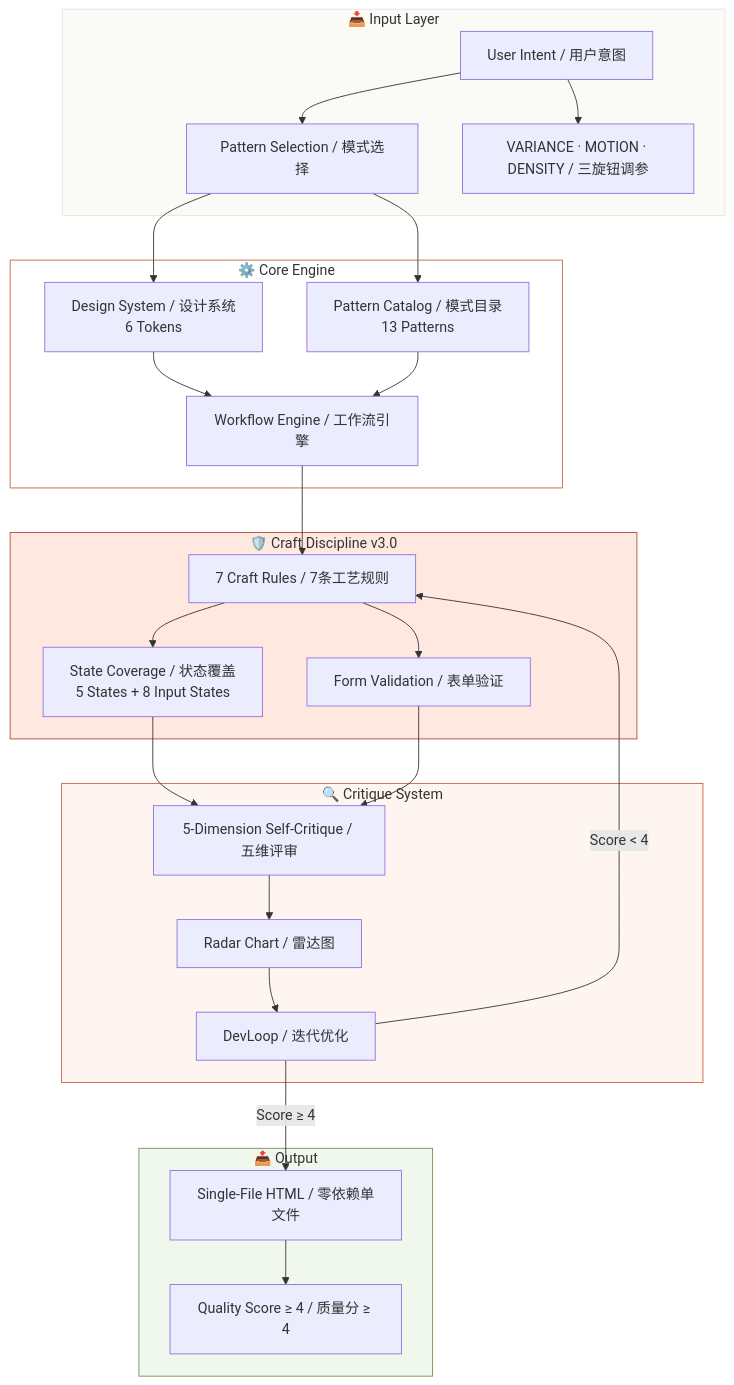
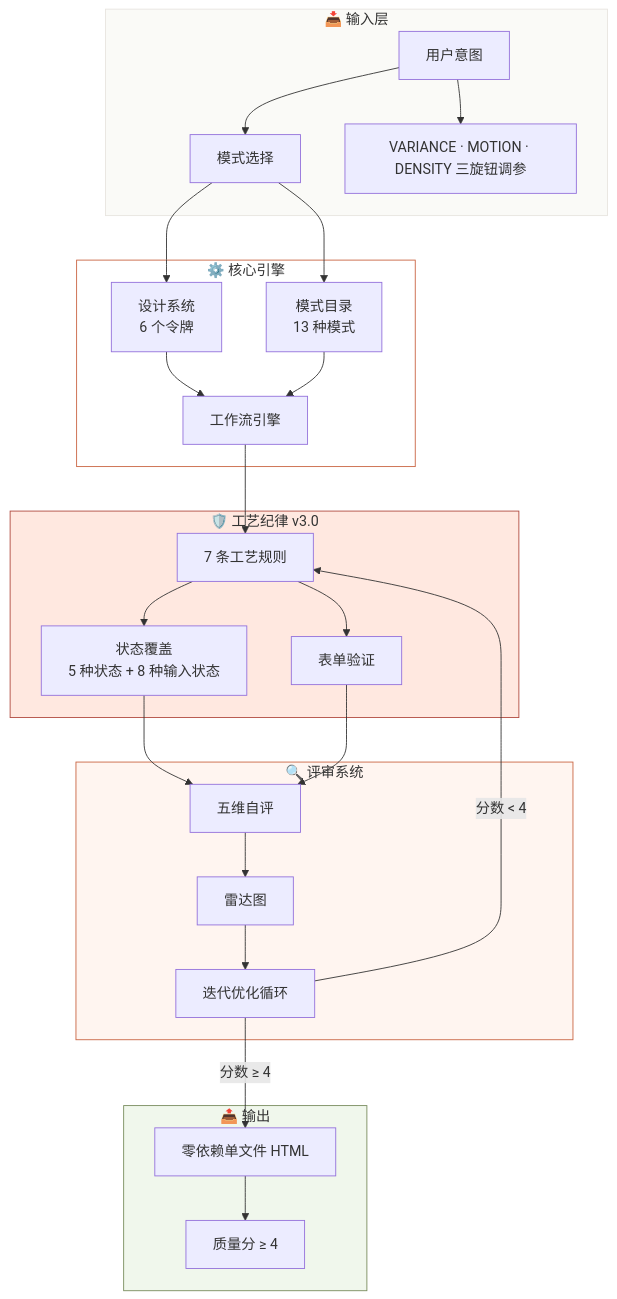
Before and after one commit to YardonYan/html-skill-effectiveness: the first of 4 diagrams in README.md, drawn with Mermaid. The commit also changed other lines of this file and 3 other files, not shown here.

````diff
--- a/README.md
+++ b/README.md
@@ -59,49 +56,49 @@
 ```mermaid
 graph TB
-    subgraph Input["📥 Input Layer"]
-        U[User Intent / 用户意图]
-        P[Pattern Selection / 模式选择]
-        KN[VARIANCE · MOTION · DENSITY / 三旋钮调参]
+    subgraph Input["📥 输入层"]
+        U[用户意图]
+        P[模式选择]
+        KN[VARIANCE · MOTION · DENSITY 三旋钮调参]
     end
 
-    subgraph Core["⚙️ Core Engine"]
-        DS[Design System / 设计系统<br/>6 Tokens]
-        PC[Pattern Catalog / 模式目录<br/>13 Patterns]
-        WF[Workflow Engine / 工作流引擎]
+    subgraph Core["⚙️ 核心引擎"]
+        DS[设计系统<br/>6 个令牌]
+        PC[模式目录<br/>13 种模式]
+        WF[工作流引擎]
     end
 
-    subgraph Craft["🛡️ Craft Discipline v3.0"]
-        CR[7 Craft Rules / 7条工艺规则]
-        SC[State Coverage / 状态覆盖<br/>5 States + 8 Input States]
-        FV[Form Validation / 表单验证]
+    subgraph Craft["🛡️ 工艺纪律 v3.0"]
+        CR[7 条工艺规则]
+        SC[状态覆盖<br/>5 种状态 + 8 种输入状态]
+        FV[表单验证]
     end
 
-    subgraph Critique["🔍 Critique System"]
-        C5[5-Dimension Self-Critique / 五维评审]
-        RS[Radar Chart / 雷达图]
-        DL[DevLoop / 迭代优化]
+    subgraph Critique["🔍 评审系统"]
+        C5[五维自评]
+        RS[雷达图]
+        DL[迭代优化循环]
     end
 
-    subgraph Output["📤 Output"]
-        H[Single-File HTML / 零依赖单文件]
-        Q[Quality Score ≥ 4 / 质量分 ≥ 4]
+    subgraph Output["📤 输出"]
+        H[零依赖单文件 HTML]
+        Q[质量分 ≥ 4]
     end
 
     U --> P
     U --> KN
     P --> DS & PC
     DS & PC --> WF
     WF --> CR
     CR --> SC & FV
     SC & FV --> C5
     C5 --> RS --> DL
-    DL -->|Score < 4| CR
-    DL -->|Score ≥ 4| H
+    DL -->|分数 < 4| CR
+    DL -->|分数 ≥ 4| H
     H --> Q
 
     style Input fill:#fafaf7,stroke:#e8e5df
     style Core fill:#ffffff,stroke:#c96442
     style Craft fill:#ffe8e0,stroke:#b04a3f
     style Critique fill:#fff5f0,stroke:#c96442
     style Output fill:#f0f7ec,stroke:#788c5d
 ```
````
